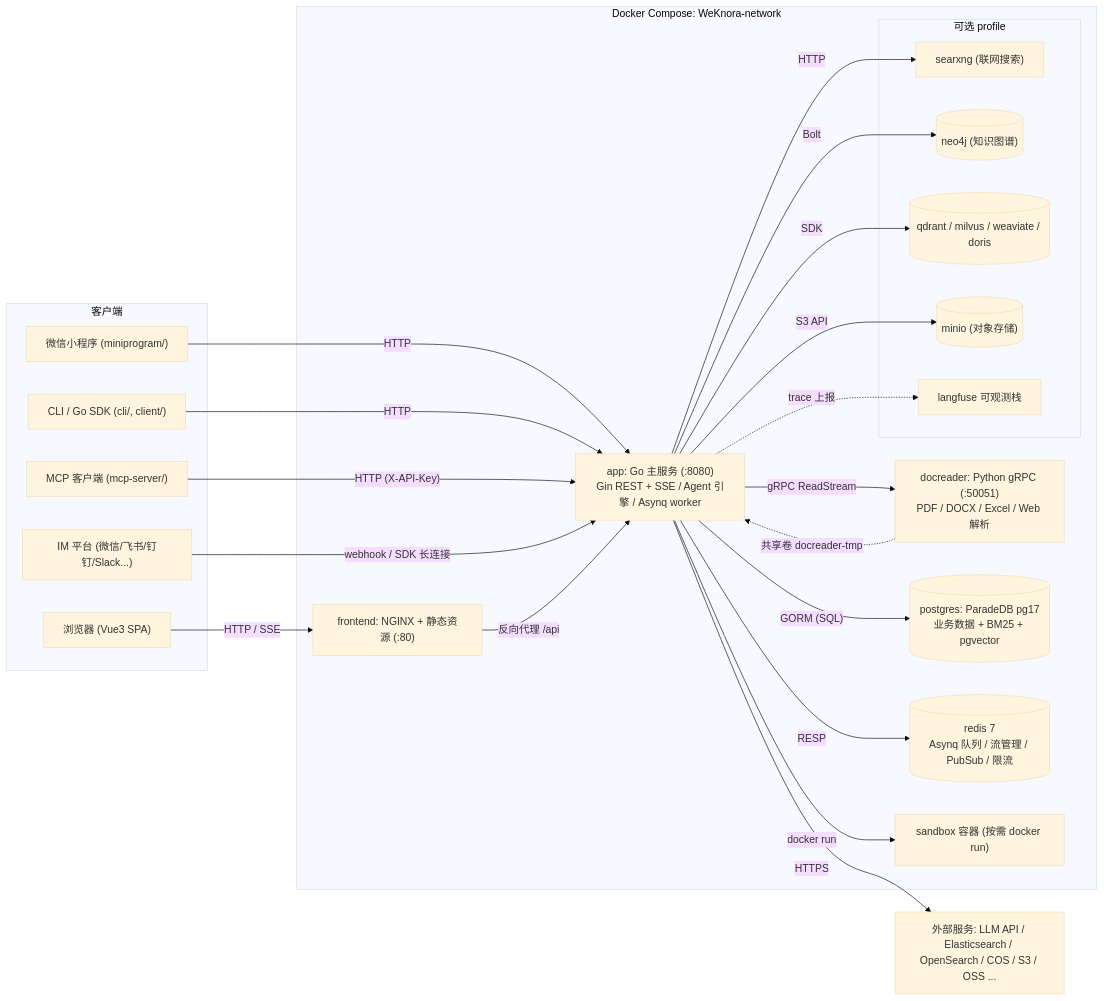
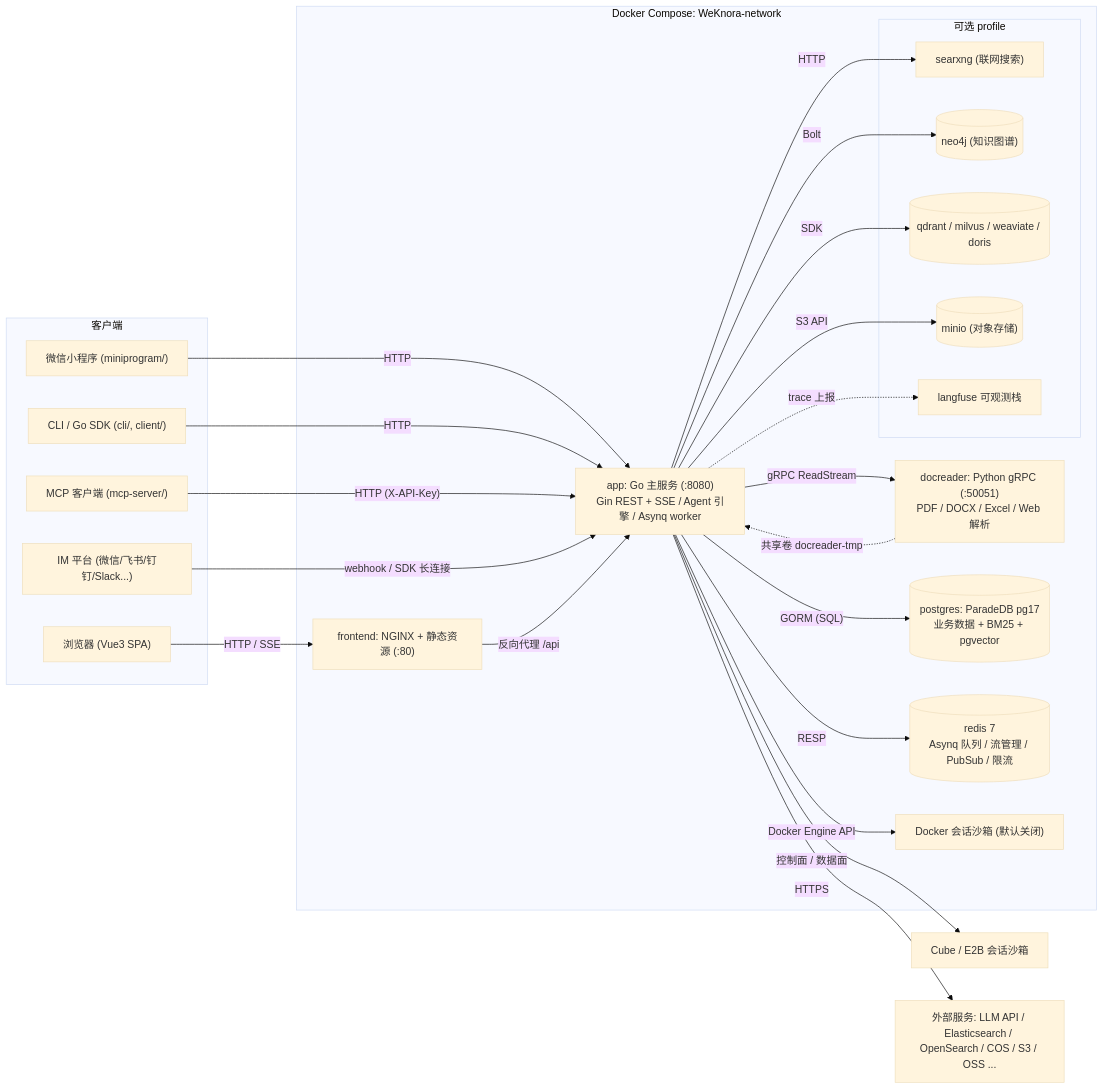
One commit to Tencent/WeKnora changed the first of 2 diagrams in website-docs/02-architecture/01-overview.md. Above: the diagram before and after it, drawn with Mermaid (base theme). The commit also changed other lines of this file and 43 other files, not shown here.

````diff
--- a/website-docs/02-architecture/01-overview.md
+++ b/website-docs/02-architecture/01-overview.md
@@ -89,46 +89,48 @@
 ```mermaid
 graph LR
     subgraph Clients["客户端"]
         Browser["浏览器 (Vue3 SPA)"]
         Mini["微信小程序 (miniprogram/)"]
         CLI["CLI / Go SDK (cli/, client/)"]
         MCPC["MCP 客户端 (mcp-server/)"]
         IM["IM 平台 (微信/飞书/钉钉/Slack...)"]
     end
 
     subgraph Compose["Docker Compose: WeKnora-network"]
         FE["frontend: NGINX + 静态资源 (:80)"]
         APP["app: Go 主服务 (:8080)<br/>Gin REST + SSE / Agent 引擎 / Asynq worker"]
         DR["docreader: Python gRPC (:50051)<br/>PDF / DOCX / Excel / Web 解析"]
         PG[("postgres: ParadeDB pg17<br/>业务数据 + BM25 + pgvector")]
         RD[("redis 7<br/>Asynq 队列 / 流管理 / PubSub / 限流")]
-        SBX["sandbox 容器 (按需 docker run)"]
+        SBX["Docker 会话沙箱 (默认关闭)"]
         subgraph Optional["可选 profile"]
             SX["searxng (联网搜索)"]
             NEO[("neo4j (知识图谱)")]
             VDB[("qdrant / milvus / weaviate / doris")]
             MINIO[("minio (对象存储)")]
             LF["langfuse 可观测栈"]
         end
     end
 
+    REMOTE["Cube / E2B 会话沙箱"]
     EXT["外部服务: LLM API / Elasticsearch / OpenSearch / COS / S3 / OSS ..."]
 
     Browser -->|"HTTP / SSE"| FE
     Mini -->|"HTTP"| APP
     CLI -->|"HTTP"| APP
     MCPC -->|"HTTP (X-API-Key)"| APP
     IM -->|"webhook / SDK 长连接"| APP
     FE -->|"反向代理 /api"| APP
     APP -->|"gRPC ReadStream"| DR
     APP -->|"GORM (SQL)"| PG
     APP -->|"RESP"| RD
-    APP -->|"docker run"| SBX
+    APP -->|"Docker Engine API"| SBX
+    APP -->|"控制面 / 数据面"| REMOTE
     APP -->|"HTTP"| SX
     APP -->|"Bolt"| NEO
     APP -->|"SDK"| VDB
     APP -->|"S3 API"| MINIO
     APP -->|"HTTPS"| EXT
     APP -.->|"trace 上报"| LF
     DR -.->|"共享卷 docreader-tmp"| APP
 ```
````
